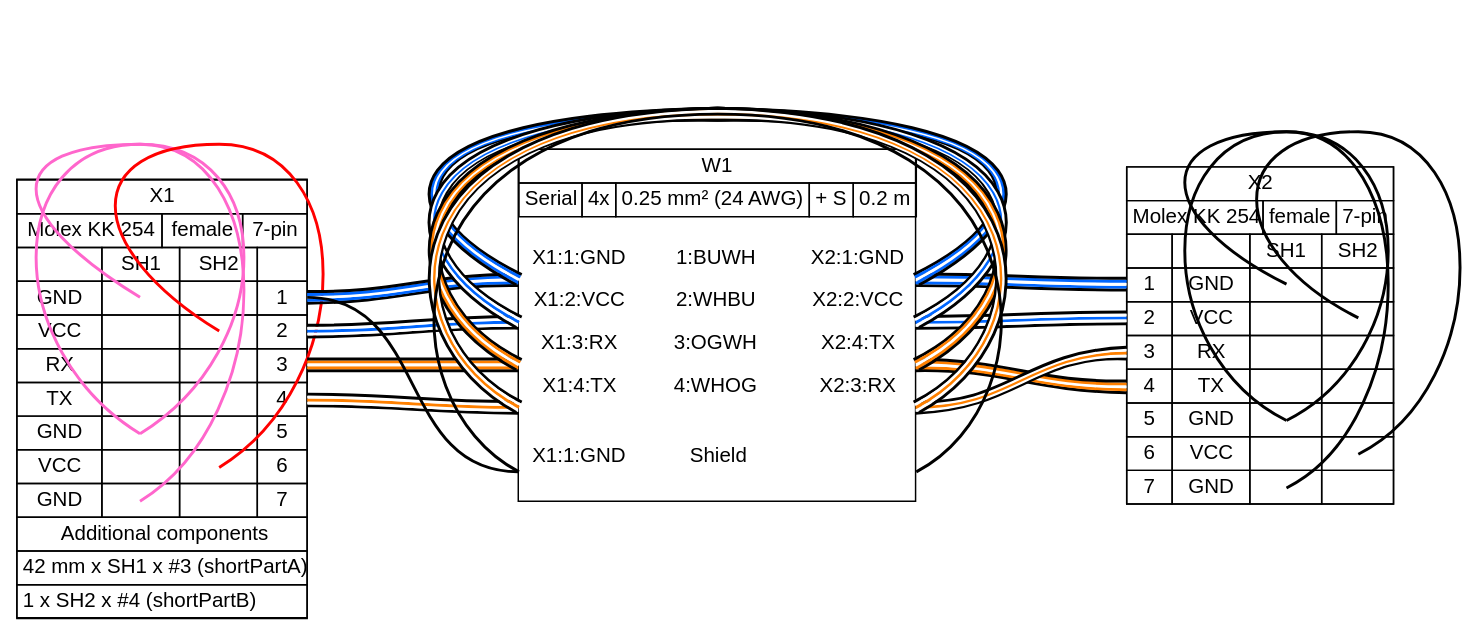
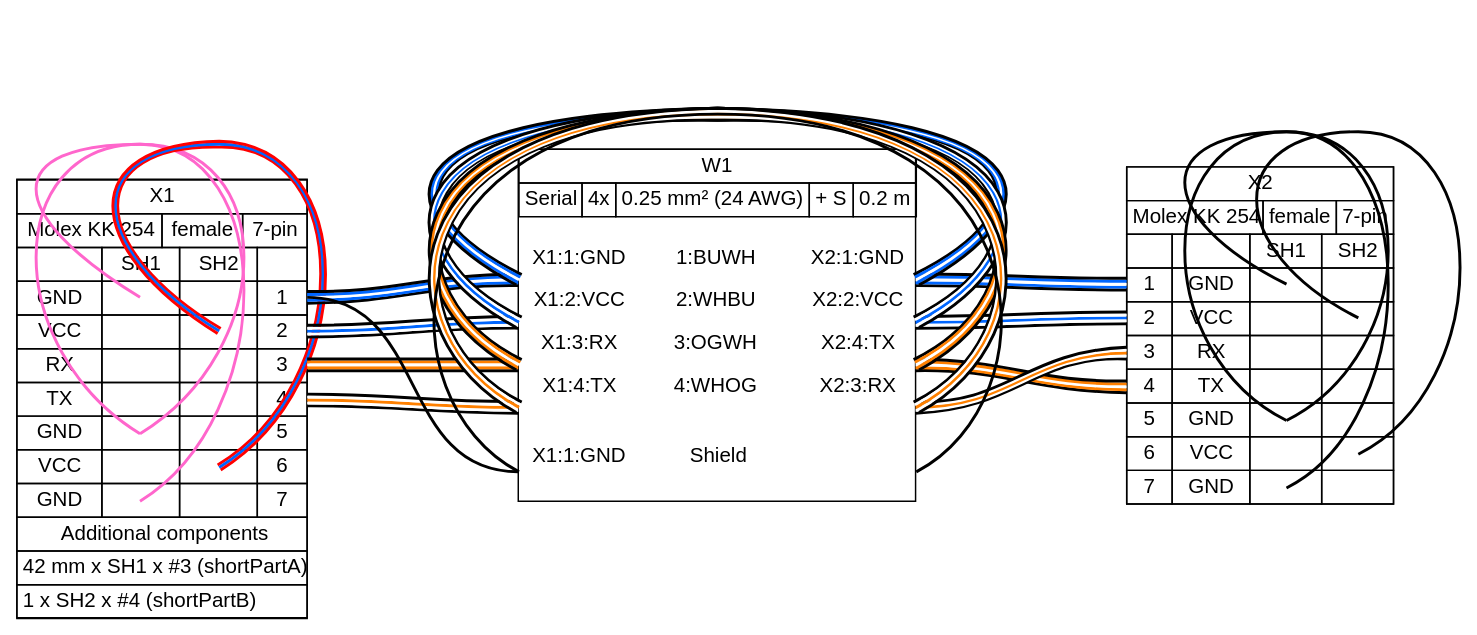
The diagram in examples/ex15.gv (wireviz/WireViz), drawn with Graphviz before and after one commit. The commit also changed 3 other files, not shown here.

```diff
--- a/examples/ex15.gv
+++ b/examples/ex15.gv
@@ -7,8 +7,8 @@
 	edge [color="#FF66CC" headclip=false style="solid,bold" tailclip=false]
 	X1:p1j:c -- X1:p5j:c [addPTS=.18 colorPTS="#FF66CC" straight=straight]
 	X1:p5j:c -- X1:p7j:c [addPTS=.18 colorPTS="#FF66CC" straight=straight]
-	edge [color="#FF0000" headclip=false style="solid,bold" tailclip=false]
-	X1:p2j:c -- X1:p6j:c [addPTS=.18 colorPTS="#FF0000" straight=straight]
+	edge [color="#FF0000:#0066FF:#FF0000" headclip=false style="solid,bold" tailclip=false]
+	X1:p2j:c -- X1:p6j:c [addPTS=.18 colorPTS="#FF0000:#0066FF:#FF0000" straight=straight]
 	edge [headclip=true style=bold tailclip=true]
 	X1 [label=<
 <table border="0" cellspacing="0" cellpadding="0">
```
